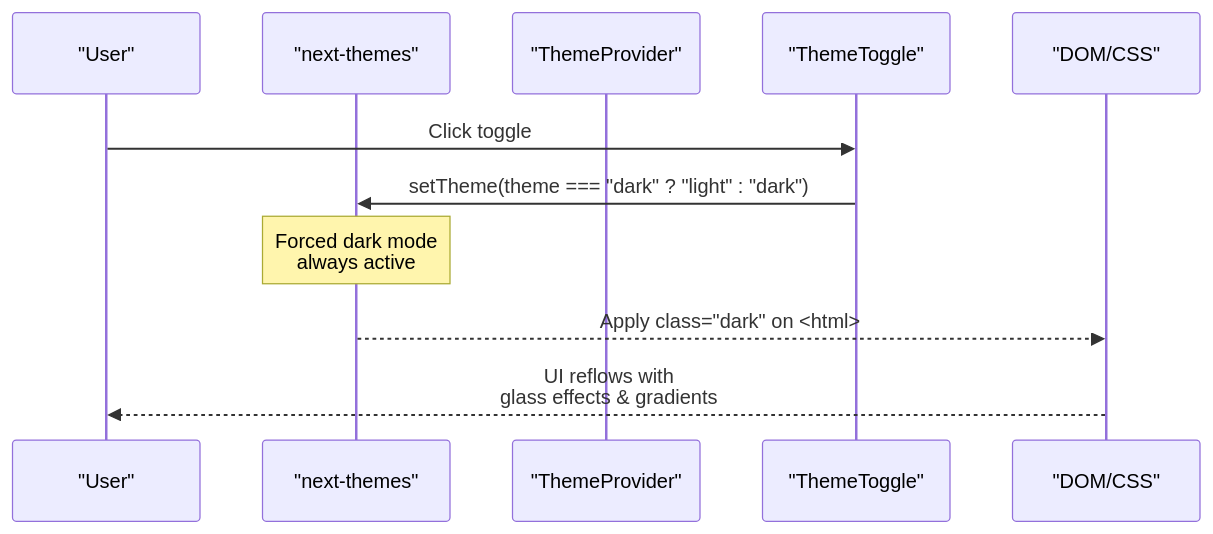
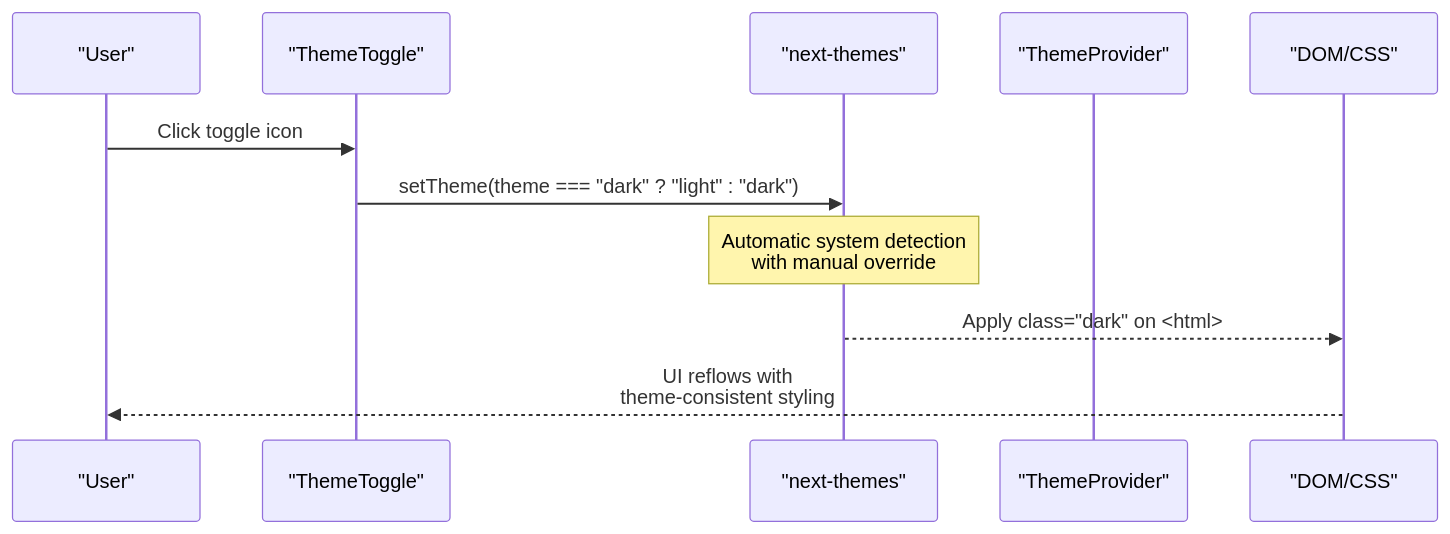
Before and after one commit to alikizang/datafrica: the second of 5 diagrams in .qoder/repowiki/en/content/UI Components/Theme System.md, drawn with Mermaid. The commit also changed other lines of this file and 21 other files, not shown here.

````diff
--- a/.qoder/repowiki/en/content/UI Components/Theme System.md
+++ b/.qoder/repowiki/en/content/UI Components/Theme System.md
@@ -126,13 +124,13 @@
 ```mermaid
 sequenceDiagram
 participant U as "User"
+participant TT as "ThemeToggle"
 participant NT as "next-themes"
 participant TP as "ThemeProvider"
-participant TT as "ThemeToggle"
 participant DOM as "DOM/CSS"
-U->>TT : Click toggle
+U->>TT : Click toggle icon
 TT->>NT : setTheme(theme === "dark" ? "light" : "dark")
-Note over NT : Forced dark mode<br/>always active
+Note over NT : Automatic system detection<br/>with manual override
 NT-->>DOM : Apply class="dark" on <html>
-DOM-->>U : UI reflows with<br/>glass effects & gradients
+DOM-->>U : UI reflows with<br/>theme-consistent styling
 ```
````
